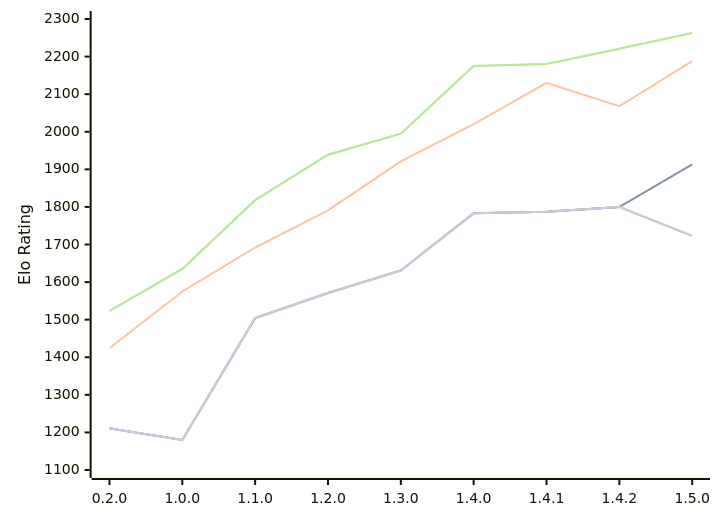
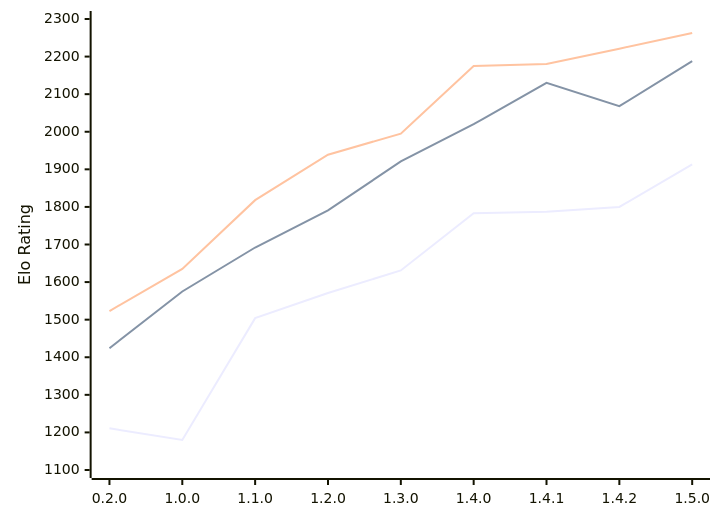
Before and after one commit to computer-chess-index/cci: the diagram in engines/Zeppelin.md, drawn with Mermaid. The commit also changed other lines of this file, not shown here.

````diff
--- a/engines/Zeppelin.md
+++ b/engines/Zeppelin.md
@@ -55,13 +55,9 @@
 ```mermaid
 %%{init: {"theme":"base","themeVariables":{"seriesColors:['#a3a3a3','#222221','#faa371']}}}%%
 xychart-beta
   x-axis ["0.2.0", "1.0.0", "1.1.0", "1.2.0", "1.3.0", "1.4.0", "1.4.1", "1.4.2", "1.5.0"]
   y-axis "Elo Rating" 1100 --> 2300
-  line "" [1211, 1180, 1504, 1571, 1631, 1783, 1787, 1800, 1913]
   line "T1: STC (8.0+0.08s)" [1211, 1180, 1504, 1571, 1631, 1783, 1787, 1800, 1913]
   line "T1: LTC (60.0+0.60s)" [1424, 1575, 1692, 1791, 1921, 2020, 2130, 2068, 2188]
-  line "" [1523, 1635, 1818, 1939, 1995, 2175, 2180, 2221, 2263]
   line "T1: VLTC (2m24s+1.12s)" [1523, 1635, 1818, 1939, 1995, 2175, 2180, 2221, 2263]
-  line "" [1211, 1180, 1504, 1571, 1631, 1783, 1787, 1800,1723]
-  line "E1: STC (8.0+0.08s)" [1211, 1180, 1504, 1571, 1631, 1783, 1787, 1800,1723]
 ```
````
